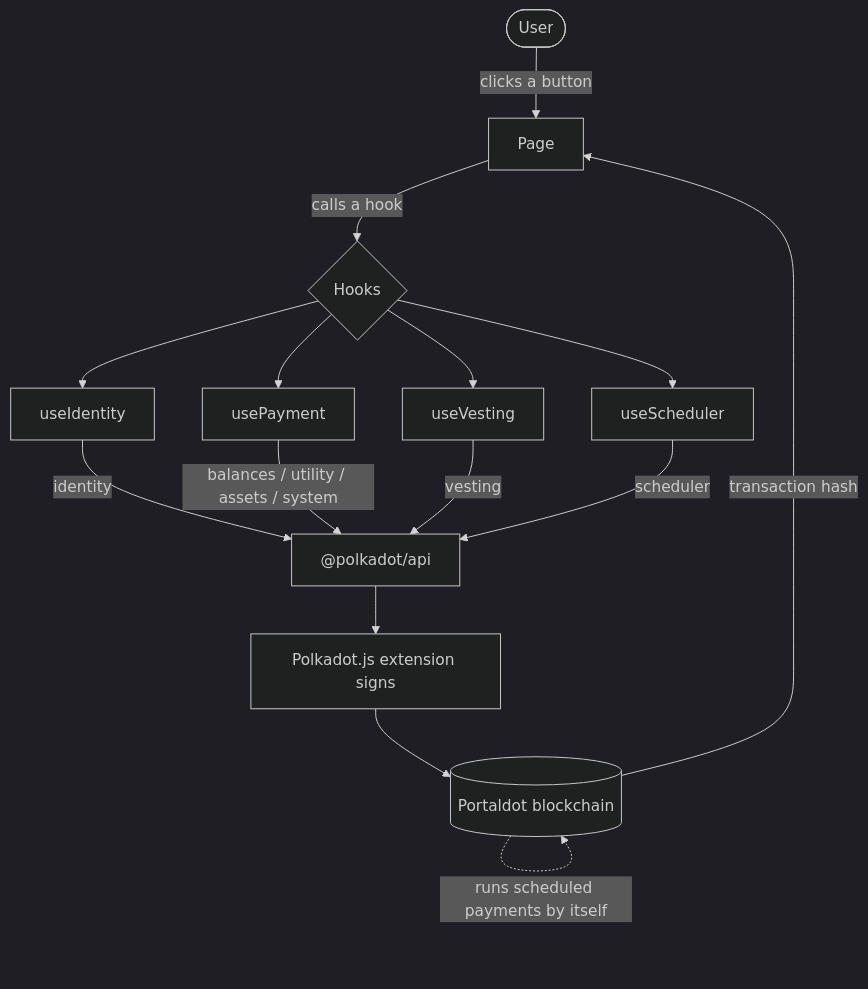
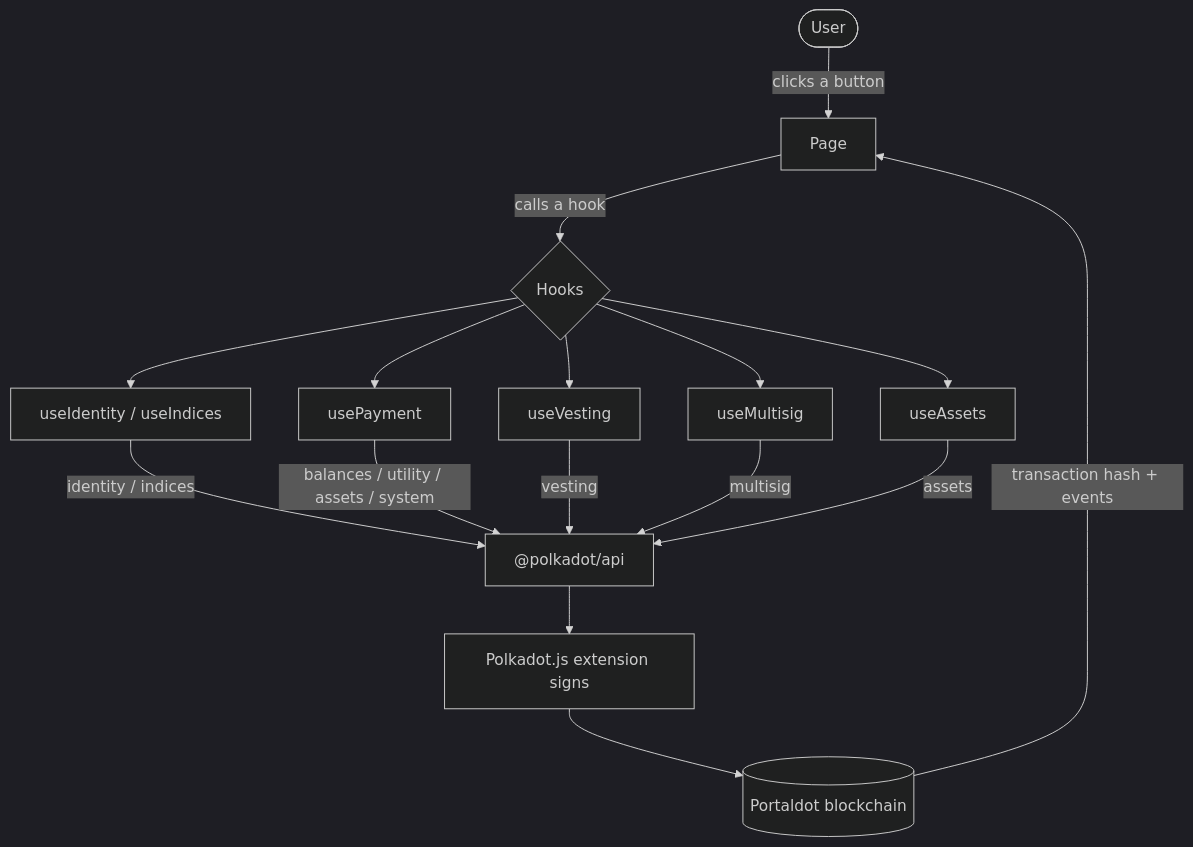
The diagram in README.md (FlemingJohn/portalpay), drawn with Mermaid (dark theme) before and after one commit. The commit also changed other lines of this file and 1 other file, not shown here.

First line of the commit message:
docs: rewrite README and architecture for the native feature set

````diff
--- a/README.md
+++ b/README.md
@@ -198,20 +188,21 @@
 ```mermaid
 flowchart TD
     U([User]) -->|clicks a button| P[Page]
     P -->|calls a hook| H{Hooks}
 
-    H --> HI[useIdentity]
+    H --> HI[useIdentity / useIndices]
     H --> HP[usePayment]
     H --> HV[useVesting]
-    H --> HS[useScheduler]
+    H --> HM[useMultisig]
+    H --> HA[useAssets]
 
-    HI -->|identity| API["@polkadot/api"]
+    HI -->|identity / indices| API["@polkadot/api"]
     HP -->|balances / utility / assets / system| API
     HV -->|vesting| API
-    HS -->|scheduler| API
+    HM -->|multisig| API
+    HA -->|assets| API
 
     API --> W[Polkadot.js extension signs]
     W --> C[(Portaldot blockchain)]
-    C -. runs scheduled payments by itself .-> C
-    C -->|transaction hash| P
+    C -->|transaction hash + events| P
 ```
````
